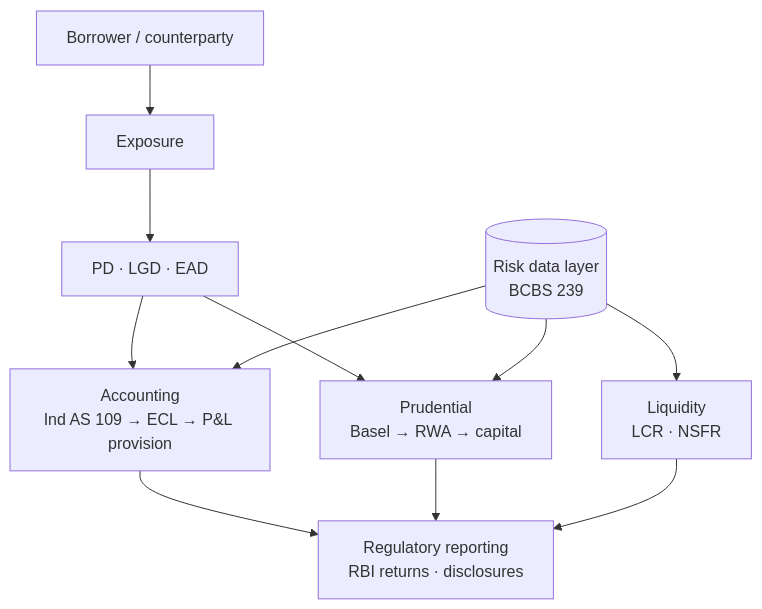
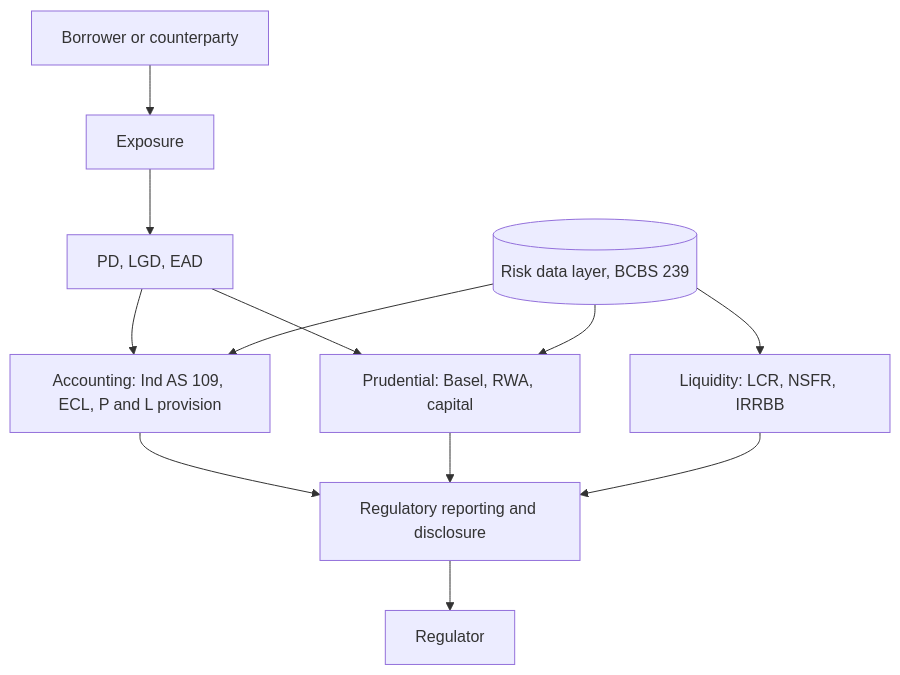
One commit to tharungajula2/loud-recall changed the first of 10 diagrams in content/credit-risk-regulatory-reporting.md. Above: the diagram before and after it, drawn with Mermaid. The commit also changed other lines of this file, not shown here.

Commit message:
docs: standardize frontmatter and metadata for credit-risk-regulatory-reporting

````diff
--- a/content/credit-risk-regulatory-reporting.md
+++ b/content/credit-risk-regulatory-reporting.md
@@ -32,13 +21,14 @@
 ```mermaid
 flowchart TD
-    A[Borrower / counterparty] --> B[Exposure]
-    B --> C[PD · LGD · EAD]
-    C --> D[Accounting<br/>Ind AS 109 → ECL → P&L provision]
-    C --> E[Prudential<br/>Basel → RWA → capital]
-    F[(Risk data layer<br/>BCBS 239)] --> D
+    A[Borrower or counterparty] --> B[Exposure]
+    B --> C[PD, LGD, EAD]
+    C --> D["Accounting: Ind AS 109, ECL, P and L provision"]
+    C --> E["Prudential: Basel, RWA, capital"]
+    F[(Risk data layer, BCBS 239)] --> D
     F --> E
-    F --> G[Liquidity<br/>LCR · NSFR]
-    D --> H[Regulatory reporting<br/>RBI returns · disclosures]
+    F --> G["Liquidity: LCR, NSFR, IRRBB"]
+    D --> H[Regulatory reporting and disclosure]
     E --> H
     G --> H
+    H --> I[Regulator]
 ```
````
